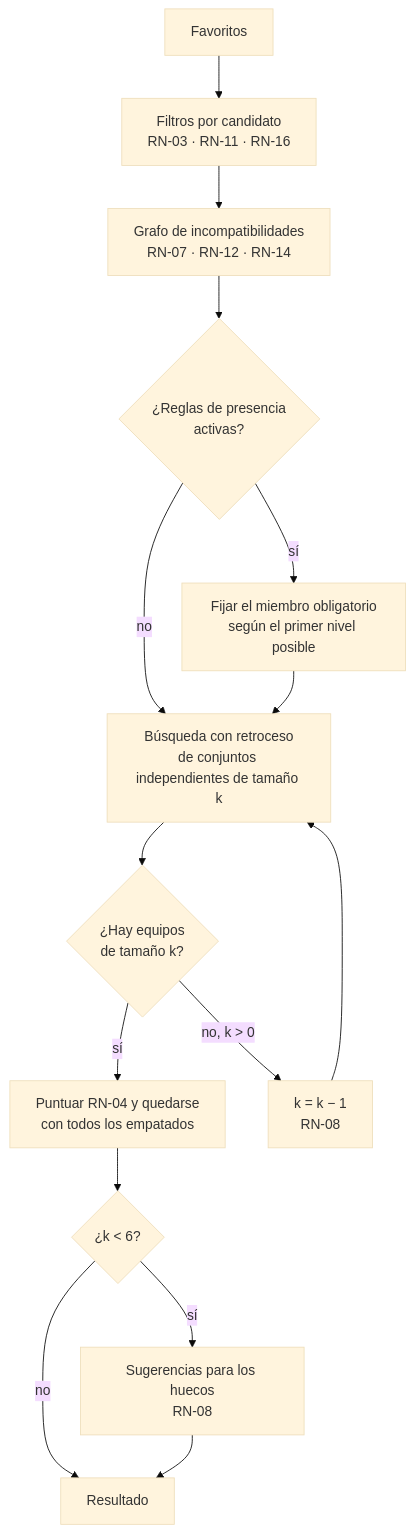
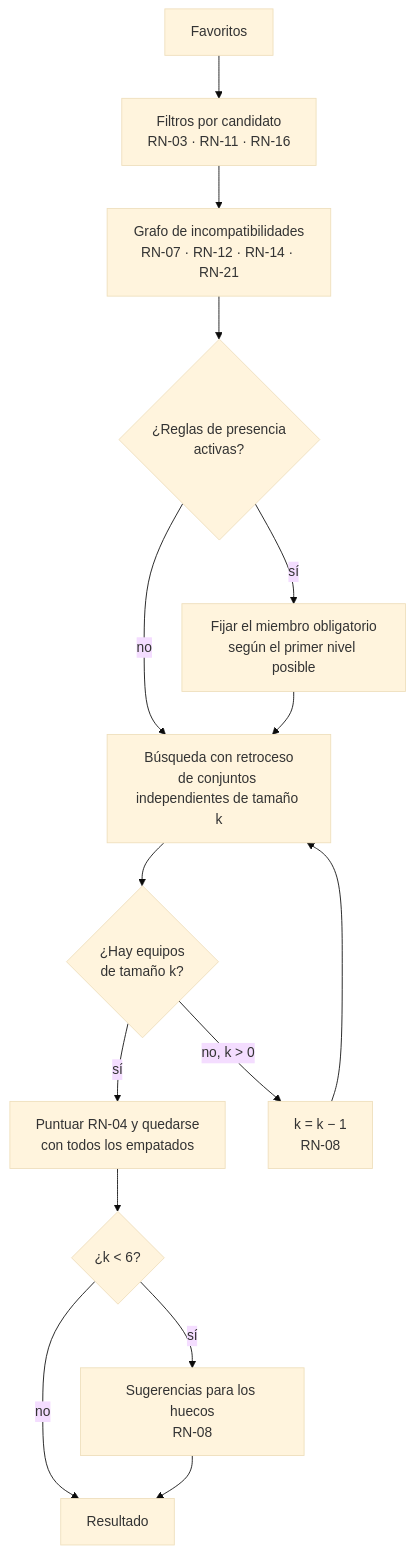
One commit to AlbertoMercado/pokemon-team-builder changed the diagram in docs/02-ddt/algoritmo-generacion.md. Above: the diagram before and after it, drawn with Mermaid (base theme). The commit also changed other lines of this file and 45 other files, not shown here.

````diff
--- a/docs/02-ddt/algoritmo-generacion.md
+++ b/docs/02-ddt/algoritmo-generacion.md
@@ -28,17 +28,17 @@
 ```mermaid
 flowchart TD
     A[Favoritos] --> B[Filtros por candidato<br/>RN-03 · RN-11 · RN-16]
-    B --> C[Grafo de incompatibilidades<br/>RN-07 · RN-12 · RN-14]
+    B --> C[Grafo de incompatibilidades<br/>RN-07 · RN-12 · RN-14 · RN-21]
     C --> D{¿Reglas de presencia<br/>activas?}
     D -- sí --> E[Fijar el miembro obligatorio<br/>según el primer nivel posible]
     D -- no --> F
     E --> F[Búsqueda con retroceso<br/>de conjuntos independientes de tamaño k]
     F --> G{¿Hay equipos<br/>de tamaño k?}
     G -- sí --> H[Puntuar RN-04 y quedarse<br/>con todos los empatados]
     G -- no, k > 0 --> I[k = k − 1<br/>RN-08]
     I --> F
     H --> J{¿k < 6?}
     J -- sí --> K[Sugerencias para los huecos<br/>RN-08]
     J -- no --> L[Resultado]
     K --> L
 ```
````
